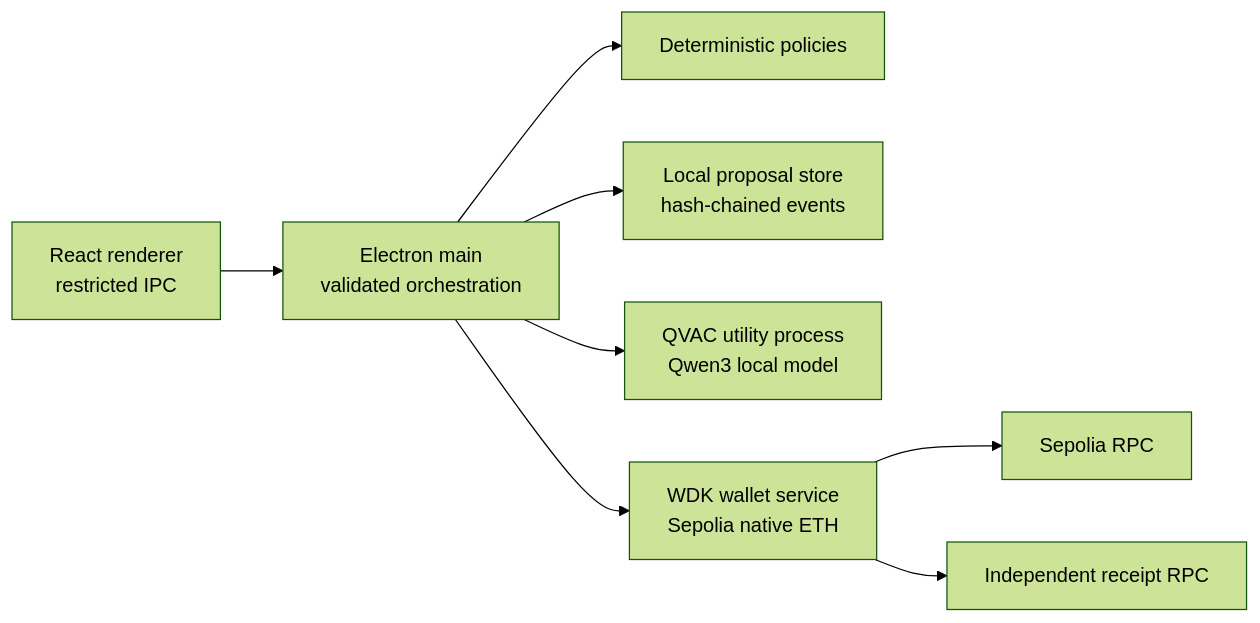
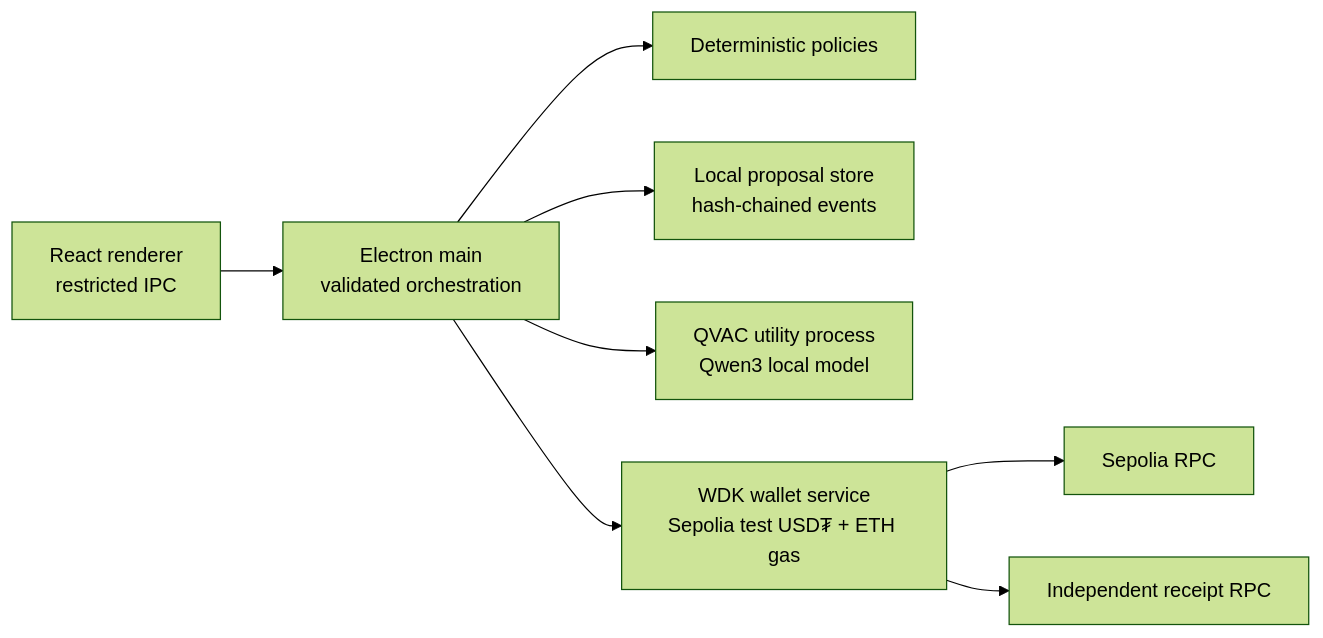
Before and after one commit to Bratipah/atg-pocket: the diagram in README.md, drawn with Mermaid (forest theme). The commit also changed other lines of this file and 13 other files, not shown here.

Commit message:
feat: switch Sepolia transfers to test USDt

````diff
--- a/README.md
+++ b/README.md
@@ -25,10 +25,10 @@
 ```mermaid
 flowchart LR
   UI[React renderer<br/>restricted IPC] --> Main[Electron main<br/>validated orchestration]
   Main --> Policy[Deterministic policies]
   Main --> Store[Local proposal store<br/>hash-chained events]
   Main --> AI[QVAC utility process<br/>Qwen3 local model]
-  Main --> Wallet[WDK wallet service<br/>Sepolia native ETH]
+  Main --> Wallet[WDK wallet service<br/>Sepolia test USD₮ + ETH gas]
   Wallet --> RPC[Sepolia RPC]
   Wallet --> Verify[Independent receipt RPC]
 ```
````
